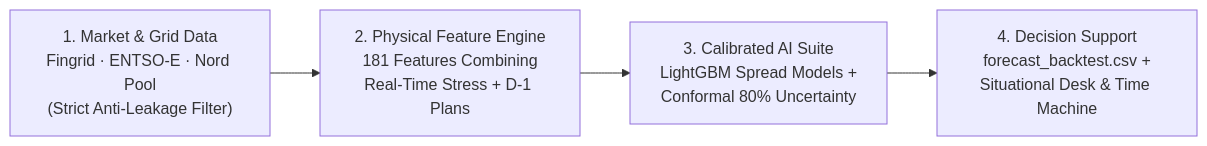
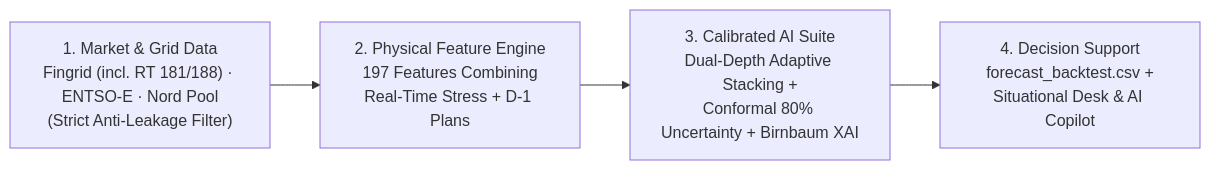
Before and after one commit to Pabl057/Turku_Energia_SinceAI: the first of 5 diagrams in docs/OVERVIEW.md, drawn with Mermaid. The commit also changed other lines of this file and 36 other files, not shown here.

````diff
--- a/docs/OVERVIEW.md
+++ b/docs/OVERVIEW.md
@@ -11,6 +11,6 @@
 ```mermaid
 flowchart LR
-    A["1. Market & Grid Data<br/>Fingrid · ENTSO-E · Nord Pool<br/>(Strict Anti-Leakage Filter)"] --> B["2. Physical Feature Engine<br/>181 Features Combining<br/>Real-Time Stress + D-1 Plans"]
-    B --> C["3. Calibrated AI Suite<br/>LightGBM Spread Models +<br/>Conformal 80% Uncertainty"]
-    C --> D["4. Decision Support<br/>forecast_backtest.csv +<br/>Situational Desk & Time Machine"]
+    A["1. Market & Grid Data<br/>Fingrid (incl. RT 181/188) · ENTSO-E · Nord Pool<br/>(Strict Anti-Leakage Filter)"] --> B["2. Physical Feature Engine<br/>197 Features Combining<br/>Real-Time Stress + D-1 Plans"]
+    B --> C["3. Calibrated AI Suite<br/>Dual-Depth Adaptive Stacking +<br/>Conformal 80% Uncertainty + Birnbaum XAI"]
+    C --> D["4. Decision Support<br/>forecast_backtest.csv +<br/>Situational Desk & AI Copilot"]
 ```
````
